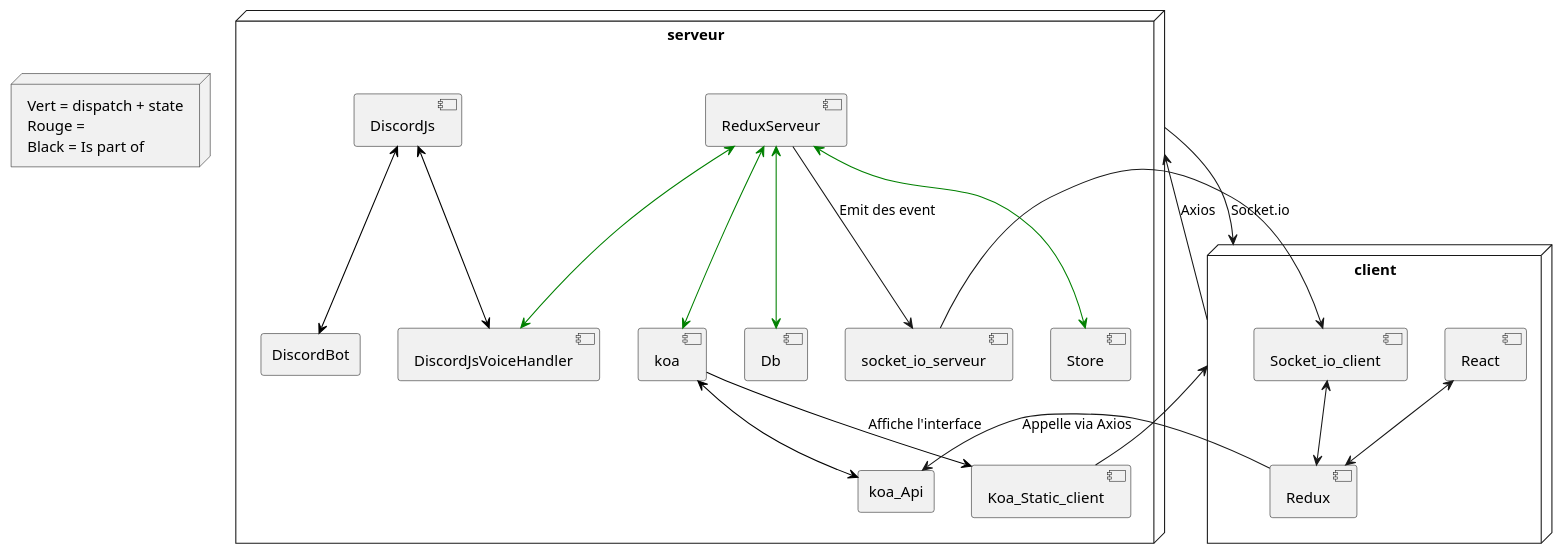
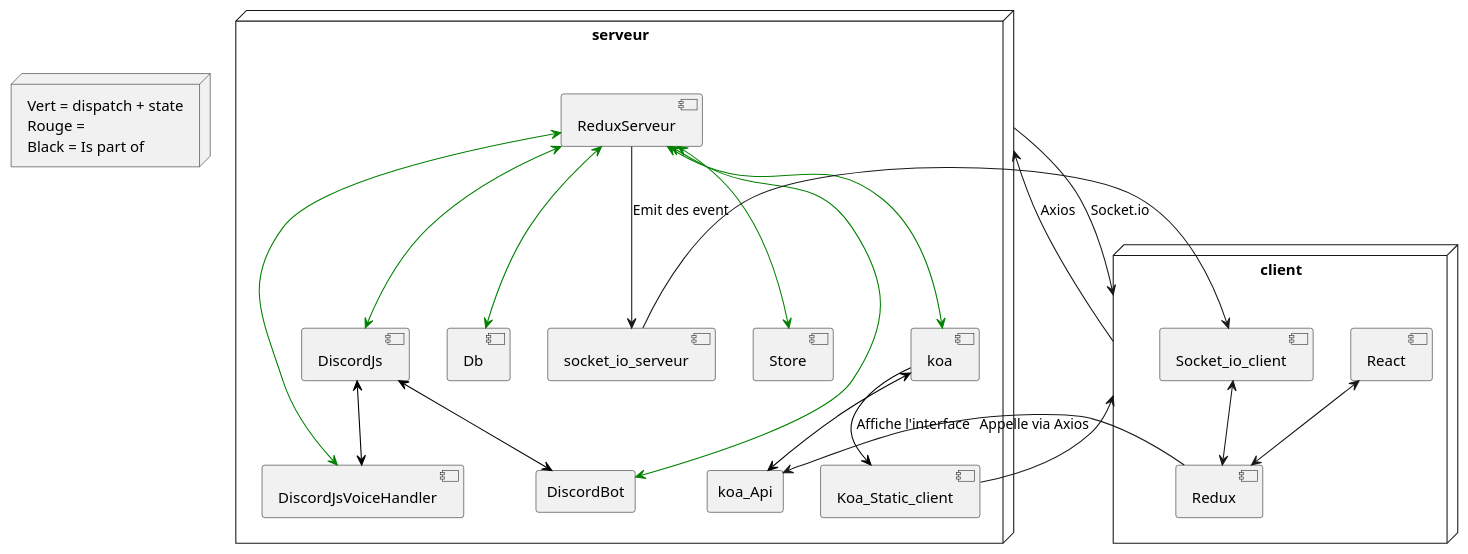
Before and after one commit to batleforc/UnlabeledProject: the diagram in Annalyse/v2_infra.puml, drawn with PlantUML.

Commit message:
[add] DiscordBot et Discordjs

```diff
--- a/Annalyse/v2_infra.puml
+++ b/Annalyse/v2_infra.puml
@@ -1,48 +1,50 @@
 @startuml v2 infra
 node node[
   Vert = dispatch + state
   Rouge =
   Black = Is part of
 ]
 
 node client{
   component Redux
   component React
   component Socket_io_client
 }
 
 node serveur{
   component ReduxServeur as rs
   component socket_io_serveur
   component Store
   component koa
   agent koa_Api
   component DiscordJs
   agent DiscordBot
   component DiscordJsVoiceHandler as dsv
   component Koa_Static_client
   component Db
 }
 
 rs <-[#Green]-> Db
 rs <-[#Green]-> Store
 rs <-[#Green]-> koa
+rs <-[#Green]-> DiscordBot
+rs <-[#Green]-> DiscordJs
 koa -[#Black]-> Koa_Static_client : Affiche l'interface
 Koa_Static_client --> client
 koa <-[#Black]-> koa_Api
 rs <-[#Green]-> dsv
 DiscordJs <-[#Black]-> DiscordBot
 DiscordJs <-[#Black]-> dsv
 rs --> socket_io_serveur : Emit des event
 
 React <--> Redux
 Socket_io_client <--> Redux
 Redux--> koa_Api : Appelle via Axios
 
 
 socket_io_serveur --> Socket_io_client
 
 client --> serveur : Axios
 serveur --> client : Socket.io
 
 @enduml
```
